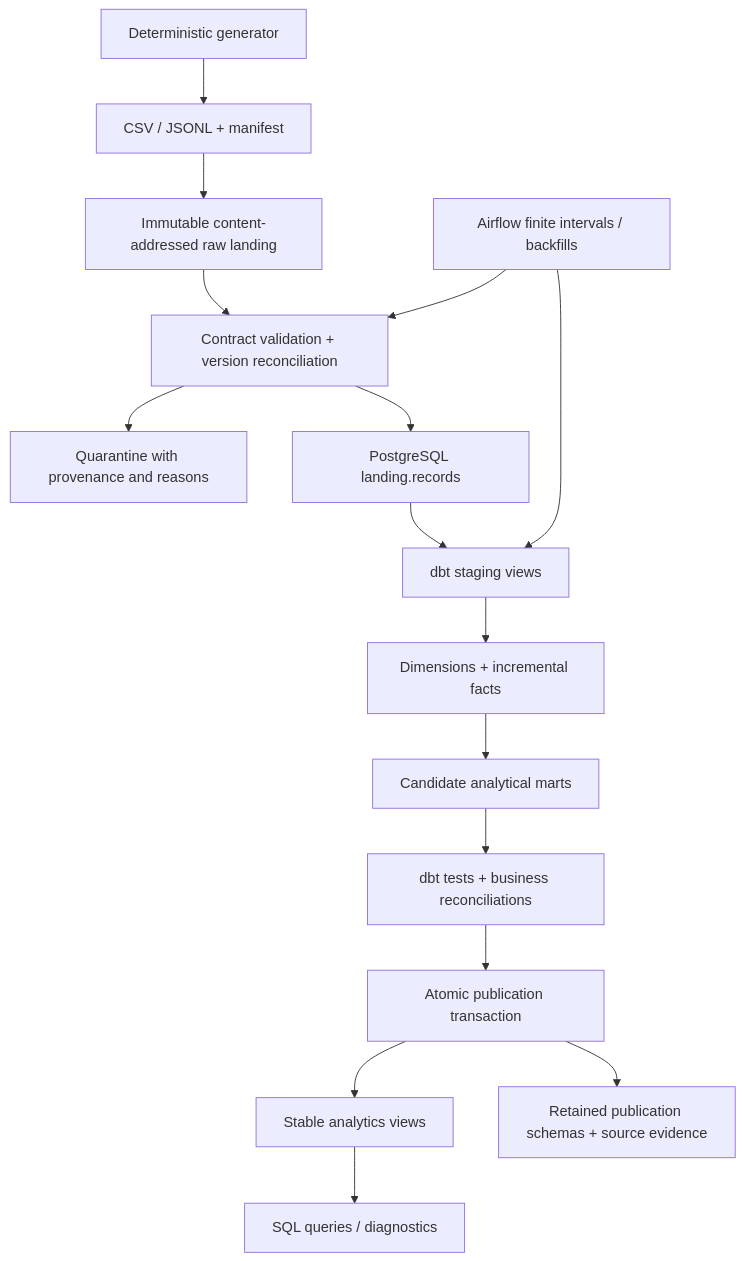
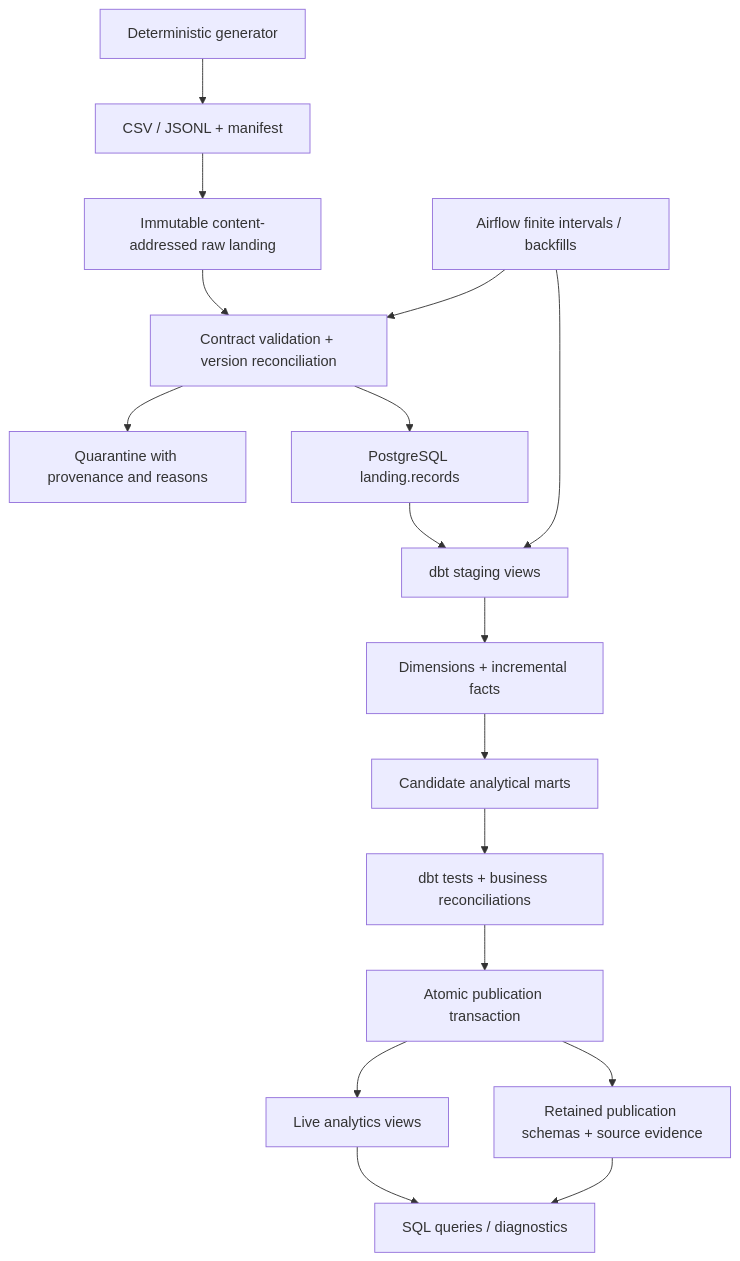
Before and after one commit to ThePhysic/commerce-operations-analytics: the diagram in docs/architecture.md, drawn with Mermaid. The commit also changed other lines of this file and 8 other files, not shown here.

````diff
--- a/docs/architecture.md
+++ b/docs/architecture.md
@@ -5,18 +5,19 @@
 ```mermaid
 flowchart TB
     G[Deterministic generator] --> F[CSV / JSONL + manifest]
     F --> R[Immutable content-addressed raw landing]
     R --> V[Contract validation + version reconciliation]
     V --> Q[Quarantine with provenance and reasons]
     V --> L[PostgreSQL landing.records]
     L --> S[dbt staging views]
     S --> D[Dimensions + incremental facts]
     D --> M[Candidate analytical marts]
     M --> T[dbt tests + business reconciliations]
     T --> P[Atomic publication transaction]
-    P --> A[Stable analytics views]
+    P --> A[Live analytics views]
     P --> H[Retained publication schemas + source evidence]
     AF[Airflow finite intervals / backfills] --> V
     AF --> S
     A --> SQL[SQL queries / diagnostics]
+    H --> SQL
 ```
````
